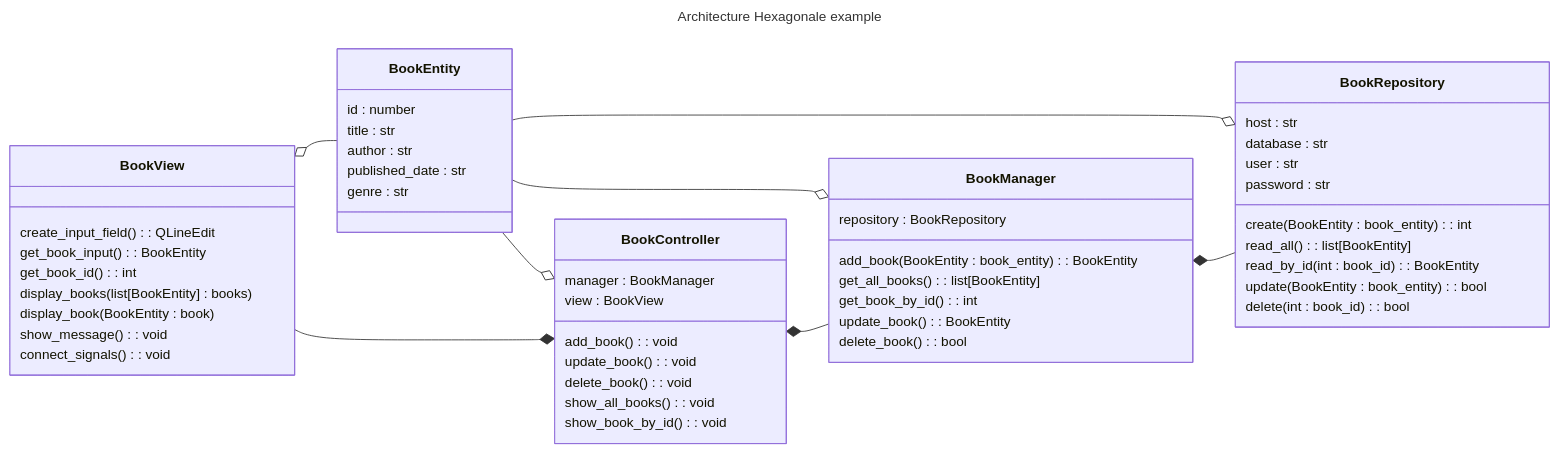
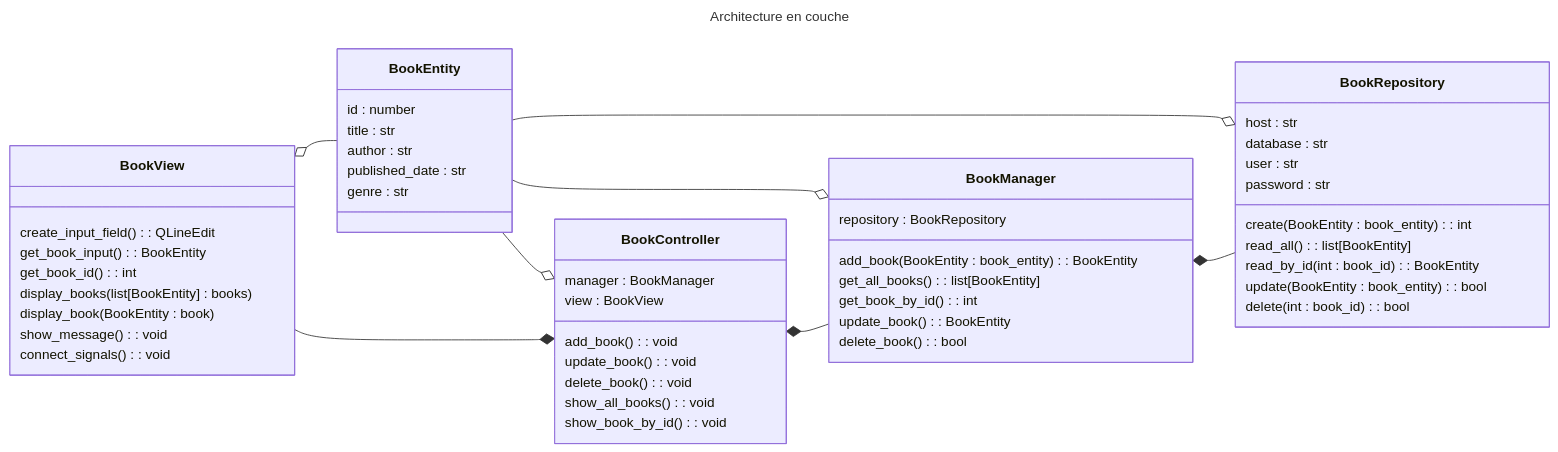
The diagram in class_diagram.md (ETM44/exemple---architecture-en-couche), drawn with Mermaid before and after one commit.

Commit message:
new diag title

````diff
--- a/class_diagram.md
+++ b/class_diagram.md
@@ -1,66 +1,66 @@
 ```mermaid
 ---
-title: Architecture Hexagonale example
+title: Architecture en couche
 ---
 classDiagram
     direction LR
     BookView  o-- BookEntity
 
     BookEntity --o BookController
 
     BookEntity --o BookManager
 
     BookEntity --o BookRepository
     BookView --* BookController
     BookController *-- BookManager
     BookManager *-- BookRepository
 
     class BookView {
     create_input_field() : QLineEdit
     get_book_input() : BookEntity
     get_book_id() : int
     display_books(list[BookEntity] : books)
     display_book(BookEntity : book)
     show_message() : void
     connect_signals() : void
     }
 
     class BookController {
     manager : BookManager
     view : BookView
     add_book() : void
     update_book() : void
     delete_book() : void
     show_all_books() : void
     show_book_by_id() : void
     }
 
     class BookManager {
     repository : BookRepository
     add_book(BookEntity : book_entity) : BookEntity
     get_all_books() : list[BookEntity]
     get_book_by_id() : int
     update_book() : BookEntity
     delete_book() : bool
     }
 
     class BookRepository {
     host : str
     database : str
     user : str
     password : str
     create(BookEntity : book_entity) : int
     read_all() : list[BookEntity]
     read_by_id(int : book_id) : BookEntity
     update(BookEntity : book_entity) : bool
     delete(int : book_id) : bool
     }
 
     class BookEntity {
     id : number
     title : str
     author : str
     published_date : str
     genre : str
     }
 ```
````
